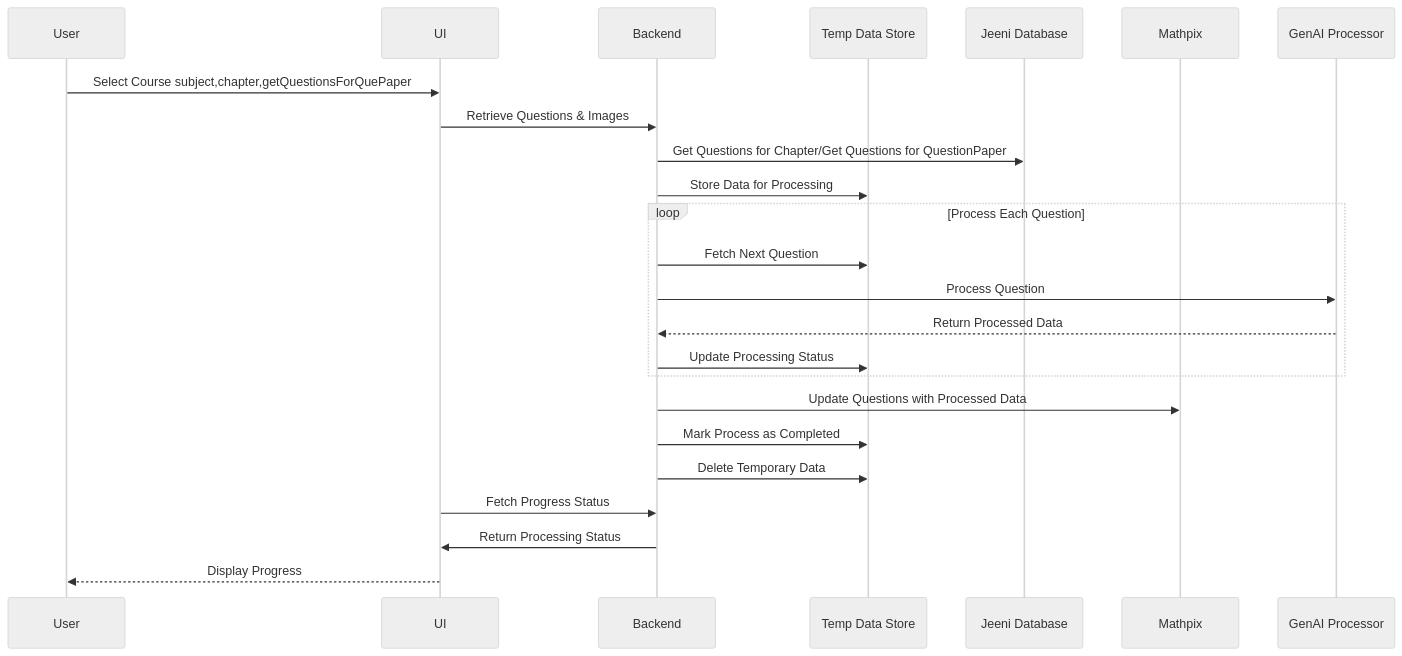
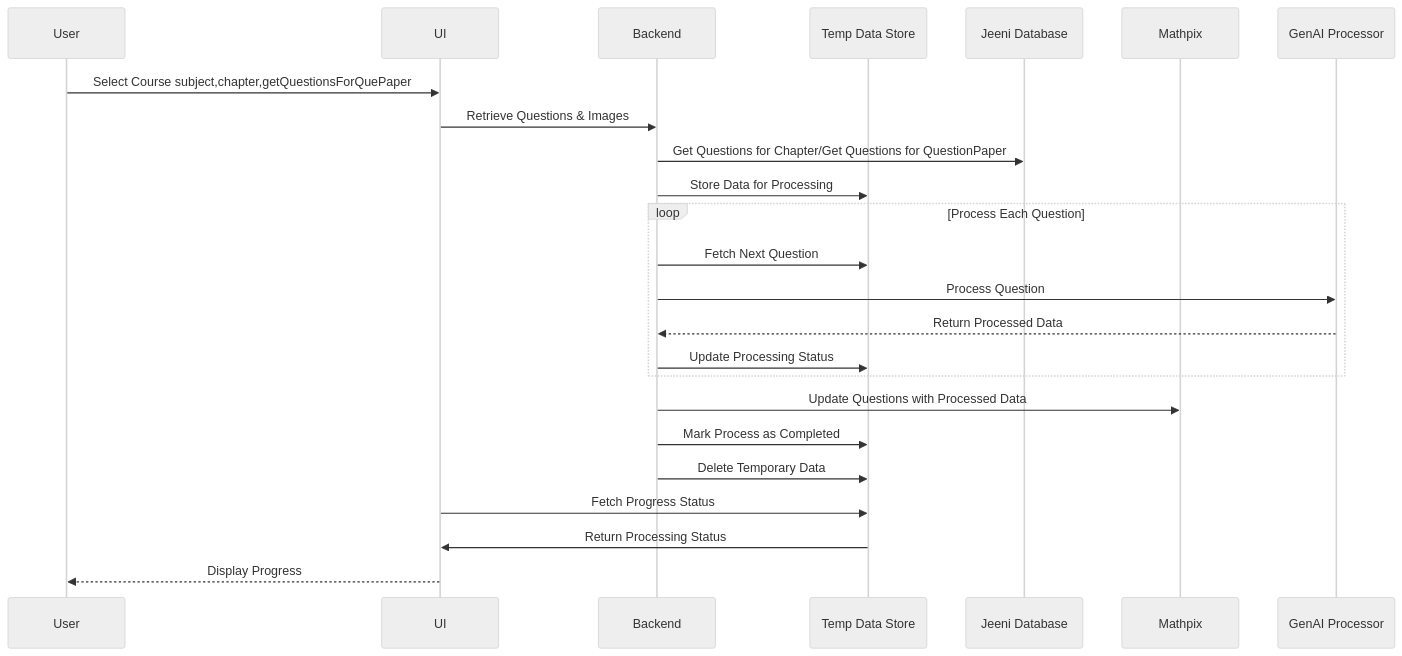
The diagram in docs/sequence_digram.md (MayuriSutar12/Documentation), drawn with Mermaid (neutral theme) before and after one commit.

````diff
--- a/docs/sequence_digram.md
+++ b/docs/sequence_digram.md
@@ -2,32 +2,32 @@
 ```mermaid
 sequenceDiagram
     participant User as User
     participant UI as UI
     participant Backend as Backend
     participant TempDB as Temp Data Store
     participant JeeniDB as Jeeni Database
     participant Mathpix as Mathpix
     participant GenAI as GenAI Processor
 
     User ->> UI: Select Course subject,chapter,getQuestionsForQuePaper
     UI ->> Backend: Retrieve Questions & Images
     Backend ->> JeeniDB: Get Questions for Chapter/Get Questions for QuestionPaper
     Backend ->> TempDB: Store Data for Processing
 
     loop Process Each Question
         Backend ->> TempDB: Fetch Next Question
         Backend ->> GenAI: Process Question
         GenAI -->> Backend: Return Processed Data
         Backend ->> TempDB: Update Processing Status
     end
 
     Backend ->> Mathpix: Update Questions with Processed Data
     Backend ->> TempDB: Mark Process as Completed
     Backend ->> TempDB: Delete Temporary Data
 
-    UI ->> Backend: Fetch Progress Status
-    Backend ->> UI: Return Processing Status
+    UI ->> TempDB: Fetch Progress Status
+    TempDB ->> UI: Return Processing Status
     UI -->> User: Display Progress
 
 
 ```
````
